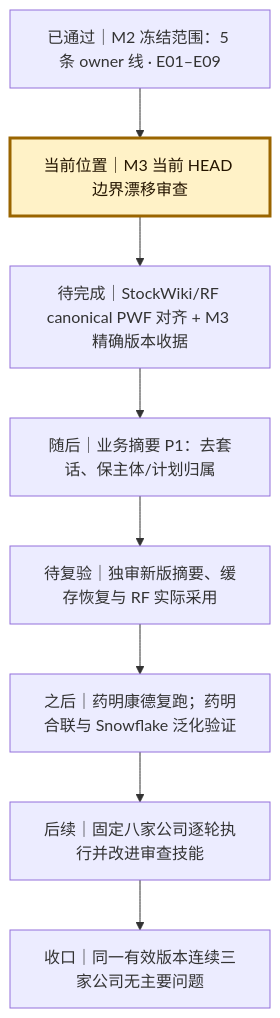
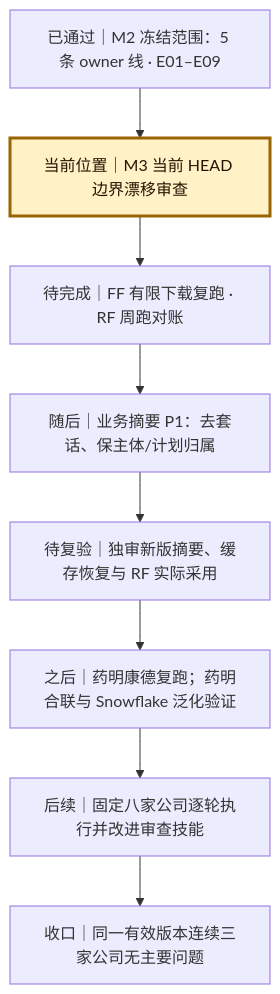
One commit to zhengcb81/company-wiki changed the diagram in docs/plans/du11-source-closure-2026-10-18/CURRENT_STATUS.md. Above: the diagram before and after it, drawn with Mermaid. The commit also changed other lines of this file and 16 other files, not shown here.

````diff
--- a/docs/plans/du11-source-closure-2026-10-18/CURRENT_STATUS.md
+++ b/docs/plans/du11-source-closure-2026-10-18/CURRENT_STATUS.md
@@ -128,12 +134,12 @@
 ```mermaid
 flowchart TD
   A["已通过｜M2 冻结范围：5 条 owner 线 · E01–E09"] --> B["当前位置｜M3 当前 HEAD 边界漂移审查"]
-  B --> C["待完成｜StockWiki/RF canonical PWF 对齐 + M3 精确版本收据"]
+  B --> C["待完成｜FF 有限下载复跑 · RF 周跑对账"]
   C --> D["随后｜业务摘要 P1：去套话、保主体/计划归属"]
   D --> E["待复验｜独审新版摘要、缓存恢复与 RF 实际采用"]
   E --> F["之后｜药明康德复跑；药明合联与 Snowflake 泛化验证"]
   F --> G["后续｜固定八家公司逐轮执行并改进审查技能"]
   G --> H["收口｜同一有效版本连续三家公司无主要问题"]
   classDef current fill:#fff2c7,stroke:#9a6500,color:#251500,stroke-width:3px;
   class B current;
 ```
````
